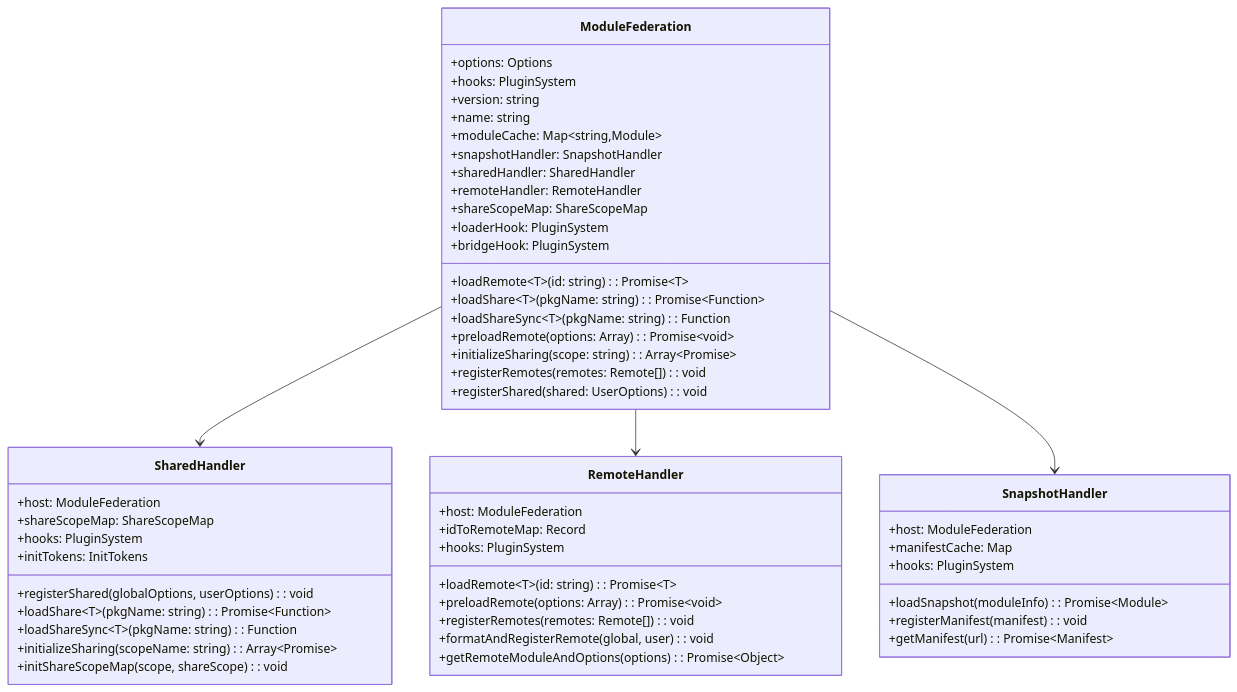
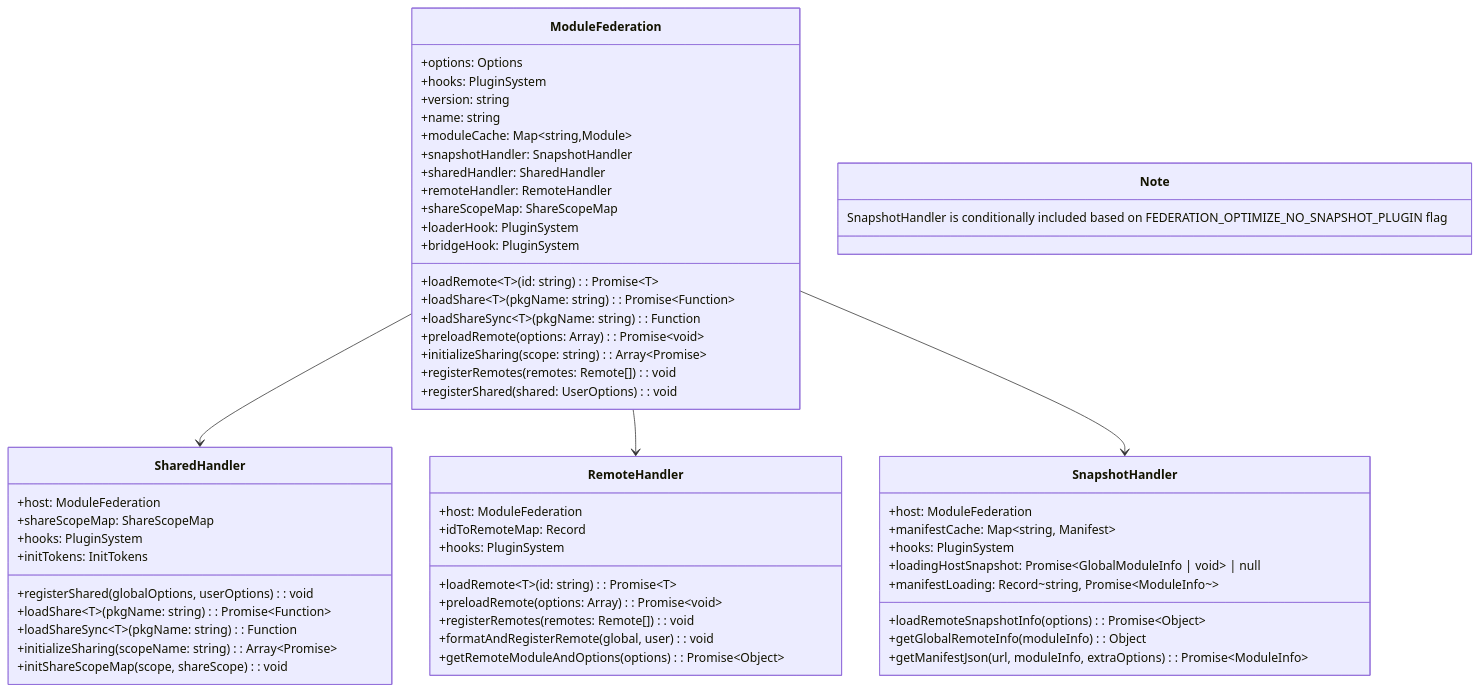
One commit to module-federation/core changed the second of 5 diagrams in arch-doc/runtime-architecture.md. Above: the diagram before and after it, drawn with Mermaid. The commit also changed other lines of this file and 5 other files, not shown here.

First line of the commit message:
docs: fix all architectural documentation inaccuracies

````diff
--- a/arch-doc/runtime-architecture.md
+++ b/arch-doc/runtime-architecture.md
@@ -63,63 +78,67 @@
 ```mermaid
 classDiagram
     class ModuleFederation {
         +options: Options
         +hooks: PluginSystem
         +version: string
         +name: string
         +moduleCache: Map~string,Module~
         +snapshotHandler: SnapshotHandler
         +sharedHandler: SharedHandler
         +remoteHandler: RemoteHandler
         +shareScopeMap: ShareScopeMap
         +loaderHook: PluginSystem
         +bridgeHook: PluginSystem
         
         +loadRemote~T~(id: string): Promise~T~
         +loadShare~T~(pkgName: string): Promise~Function~
         +loadShareSync~T~(pkgName: string): Function
         +preloadRemote(options: Array): Promise~void~
         +initializeSharing(scope: string): Array~Promise~
         +registerRemotes(remotes: Remote[]): void
         +registerShared(shared: UserOptions): void
     }
     
     class SharedHandler {
         +host: ModuleFederation
         +shareScopeMap: ShareScopeMap
         +hooks: PluginSystem
         +initTokens: InitTokens
         
         +registerShared(globalOptions, userOptions): void
         +loadShare~T~(pkgName: string): Promise~Function~
         +loadShareSync~T~(pkgName: string): Function
         +initializeSharing(scopeName: string): Array~Promise~
         +initShareScopeMap(scope, shareScope): void
     }
     
     class RemoteHandler {
         +host: ModuleFederation
         +idToRemoteMap: Record
         +hooks: PluginSystem
         
         +loadRemote~T~(id: string): Promise~T~
         +preloadRemote(options: Array): Promise~void~
         +registerRemotes(remotes: Remote[]): void
         +formatAndRegisterRemote(global, user): void
         +getRemoteModuleAndOptions(options): Promise~Object~
     }
     
     class SnapshotHandler {
         +host: ModuleFederation
-        +manifestCache: Map
+        +manifestCache: Map~string, Manifest~
         +hooks: PluginSystem
+        +loadingHostSnapshot: Promise~GlobalModuleInfo | void~ | null
+        +manifestLoading: Record~string, Promise~ModuleInfo~~
         
-        +loadSnapshot(moduleInfo): Promise~Module~
-        +registerManifest(manifest): void
-        +getManifest(url): Promise~Manifest~
+        +loadRemoteSnapshotInfo(options): Promise~Object~
+        +getGlobalRemoteInfo(moduleInfo): Object
+        +getManifestJson(url, moduleInfo, extraOptions): Promise~ModuleInfo~
     }
+    
+    Note: SnapshotHandler is conditionally included based on FEDERATION_OPTIMIZE_NO_SNAPSHOT_PLUGIN flag
     
     ModuleFederation --> SharedHandler
     ModuleFederation --> RemoteHandler  
     ModuleFederation --> SnapshotHandler
 ```
````
